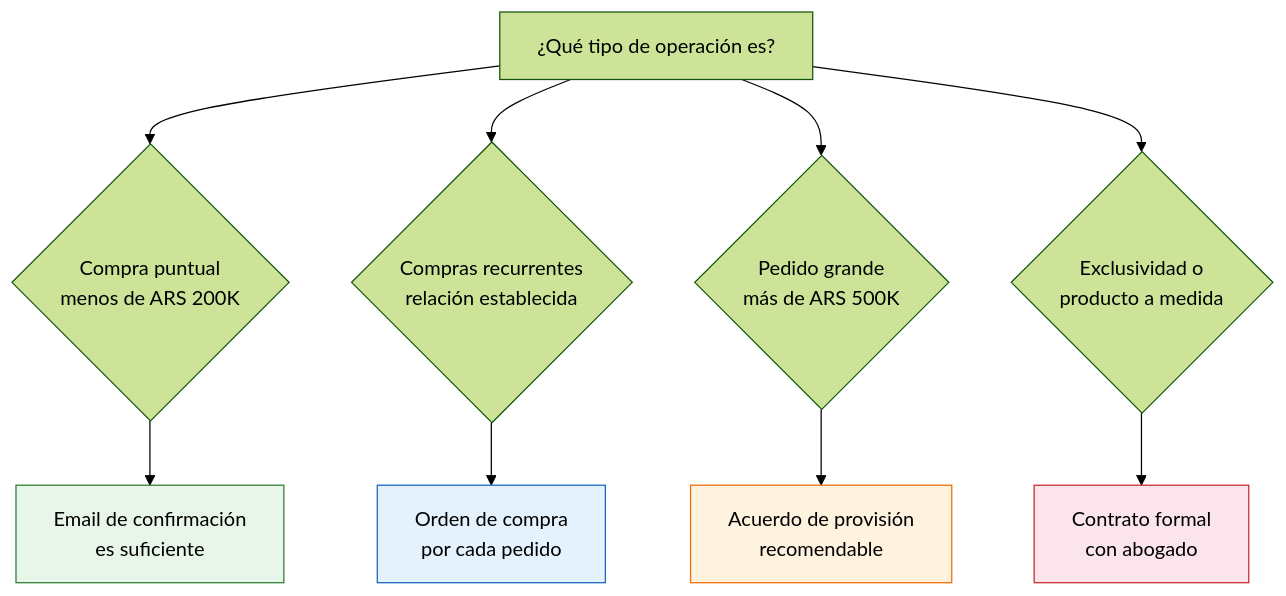
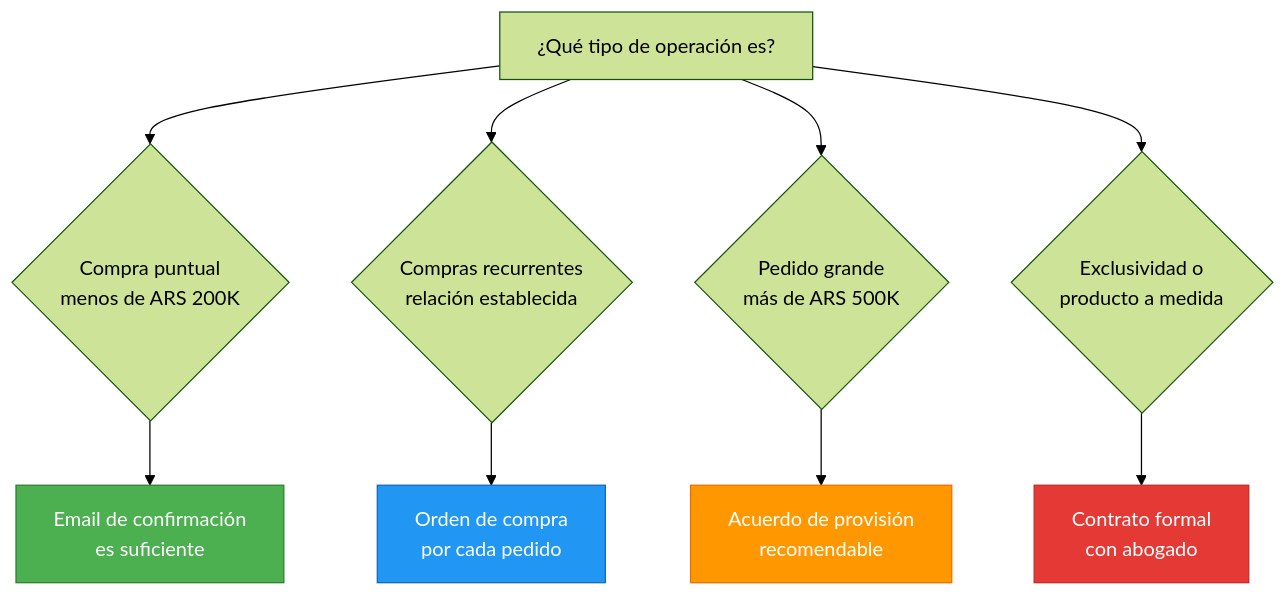
One commit to barrosignacioezequiel-coder/docs changed the diagram in app/paso1-argentina/evaluar-negociar/contrato-proveedor.mdx. Above: the diagram before and after it, drawn with Mermaid (forest theme). The commit also changed 66 other files, not shown here.

First line of the commit message:
fix: resolve Mermaid v11 numbered list errors + improve contrast

````diff
--- a/app/paso1-argentina/evaluar-negociar/contrato-proveedor.mdx
+++ b/app/paso1-argentina/evaluar-negociar/contrato-proveedor.mdx
@@ -118,17 +118,17 @@
 ```mermaid
 graph TD
     A["¿Qué tipo de operación es?"] --> B{"Compra puntual<br/>menos de ARS 200K"}
     A --> C{"Compras recurrentes<br/>relación establecida"}
     A --> D{"Pedido grande<br/>más de ARS 500K"}
     A --> E{"Exclusividad o<br/>producto a medida"}
 
     B --> F["Email de confirmación<br/>es suficiente"]
     C --> G["Orden de compra<br/>por cada pedido"]
     D --> H["Acuerdo de provisión<br/>recomendable"]
     E --> I["Contrato formal<br/>con abogado"]
 
-    style F fill:#e8f5e9,stroke:#2e7d32
-    style G fill:#e3f2fd,stroke:#1565c0
-    style H fill:#fff3e0,stroke:#ef6c00
-    style I fill:#fce4ec,stroke:#c62828
+    style F fill:#4caf50,stroke:#2e7d32,color:#fff
+    style G fill:#2196f3,stroke:#1565c0,color:#fff
+    style H fill:#ff9800,stroke:#ef6c00,color:#fff
+    style I fill:#e53935,stroke:#c62828,color:#fff
 ```
````
